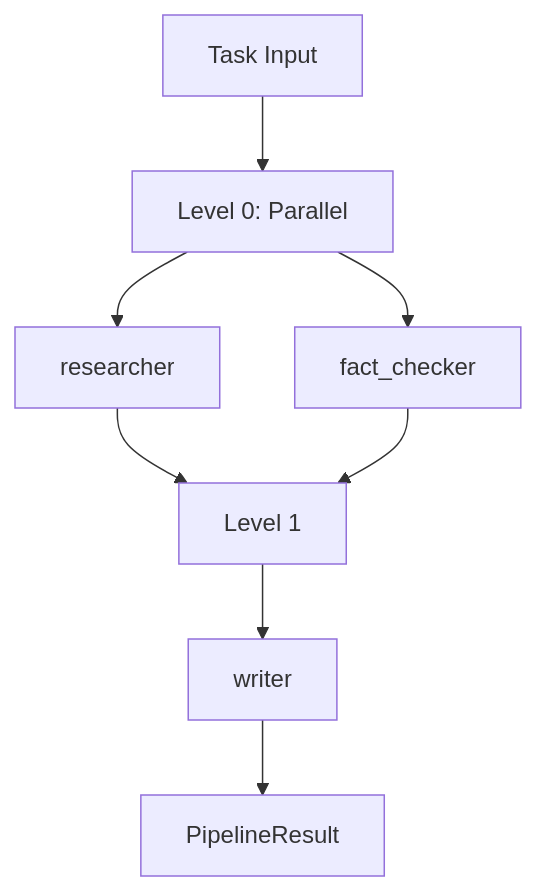
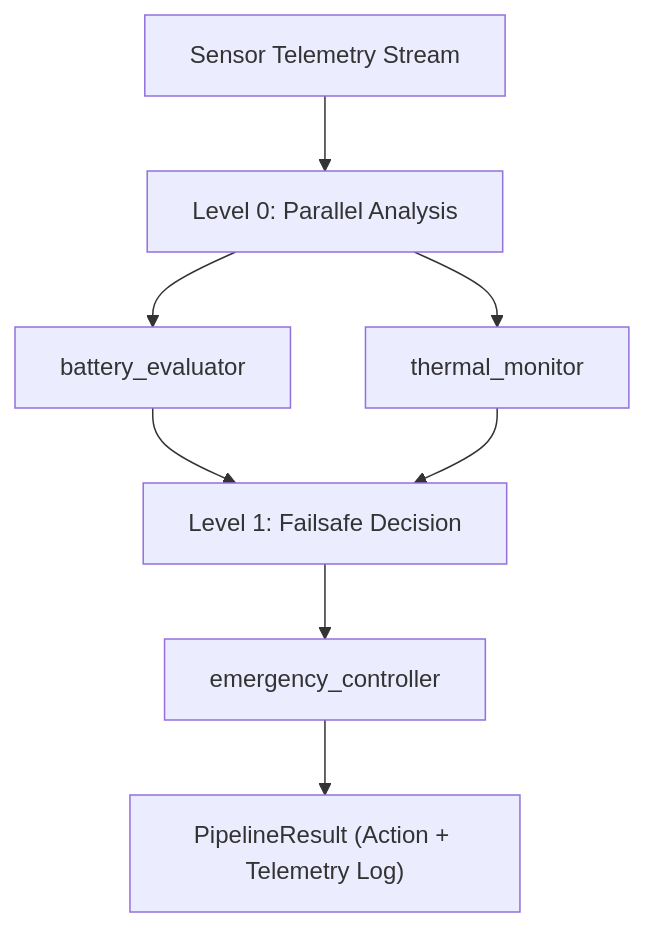
One commit to KaramQ6/agentflow changed the diagram in README.md. Above: the diagram before and after it, drawn with Mermaid. The commit also changed other lines of this file and 1 other file, not shown here.

````diff
--- a/README.md
+++ b/README.md
@@ -90,10 +99,10 @@
 ```mermaid
 graph TD
-    T[Task Input] --> L0["Level 0: Parallel"]
-    L0 --> A1[researcher]
-    L0 --> A2[fact_checker]
-    A1 --> L1[Level 1]
+    T["Sensor Telemetry Stream"] --> L0["Level 0: Parallel Analysis"]
+    L0 --> A1["battery_evaluator"]
+    L0 --> A2["thermal_monitor"]
+    A1 --> L1["Level 1: Failsafe Decision"]
     A2 --> L1
-    L1 --> A3[writer]
-    A3 --> R[PipelineResult]
+    L1 --> A3["emergency_controller"]
+    A3 --> R["PipelineResult (Action + Telemetry Log)"]
 ```
````
